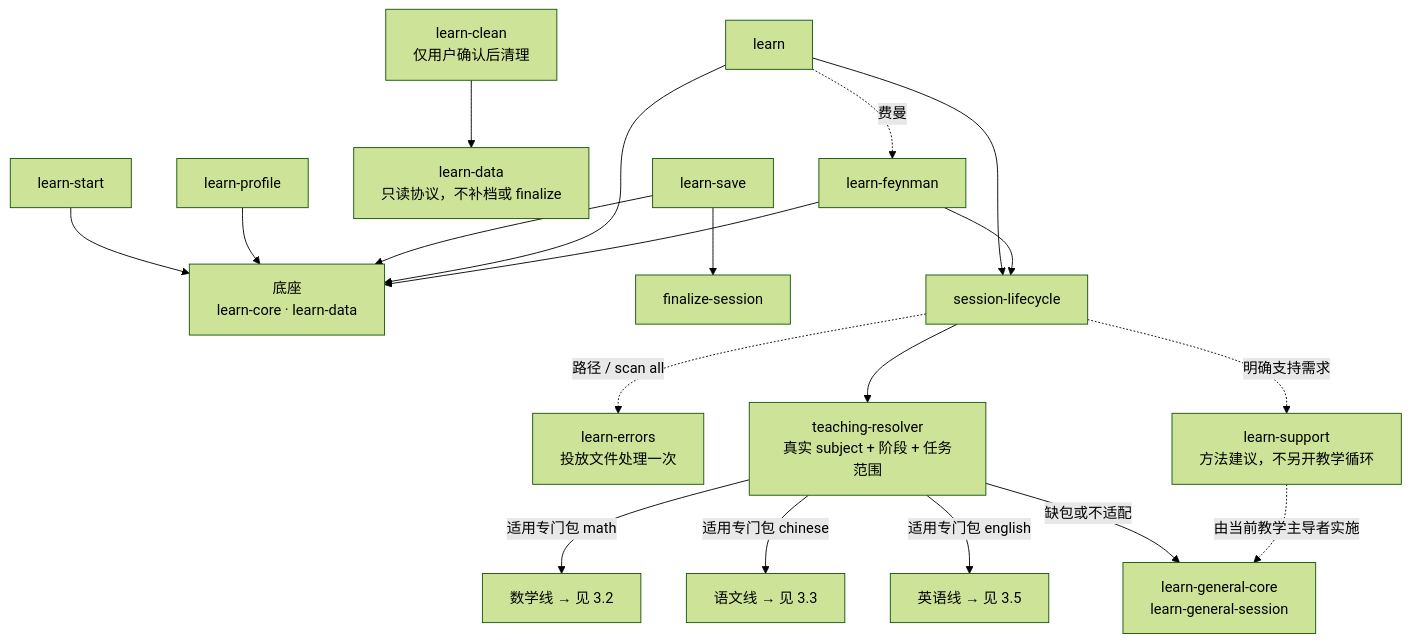
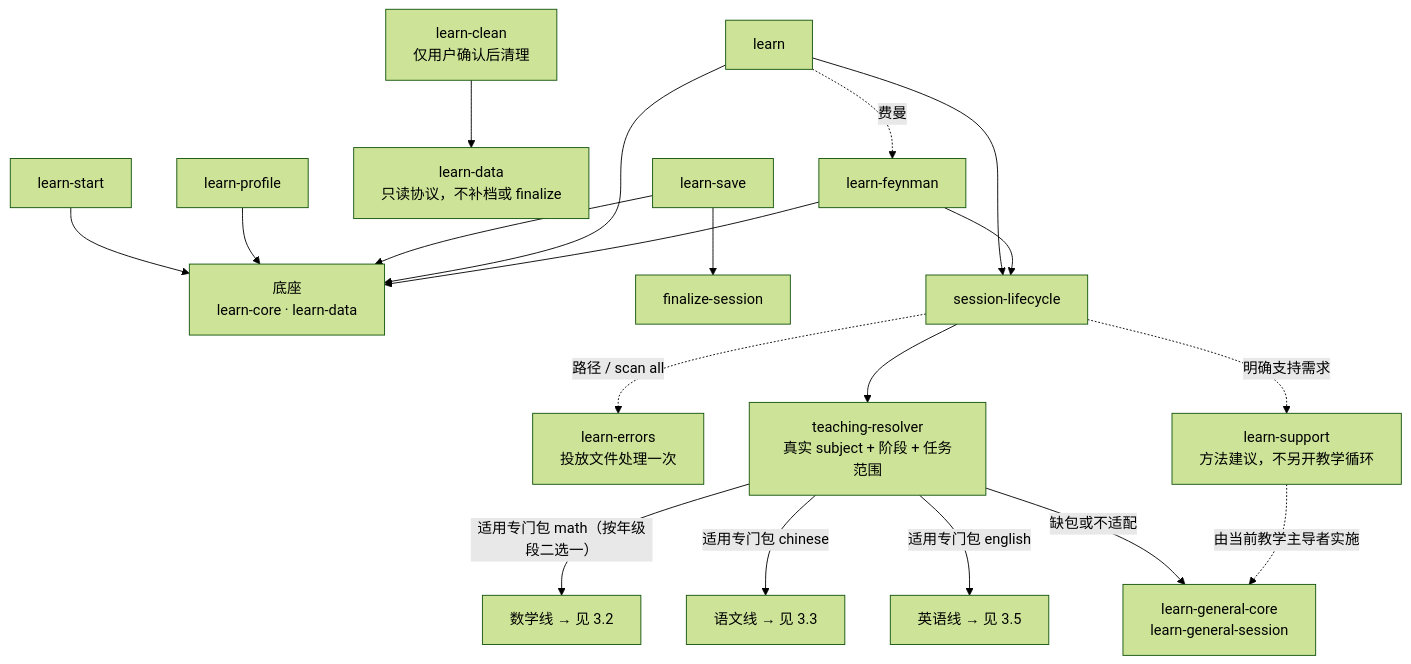
The third of 20 diagrams in docs/skill-map/call-graph.md (gengyabc/baicai-edu), drawn with Mermaid (forest theme) before and after one commit. The commit also changed other lines of this file and 82 other files, not shown here.

````diff
--- a/docs/skill-map/call-graph.md
+++ b/docs/skill-map/call-graph.md
@@ -95,26 +105,26 @@
 ```mermaid
 flowchart TB
   learn_start["learn-start"] --> B["底座<br/>learn-core · learn-data"]
   learn_profile["learn-profile"] --> B
   learn_clean["learn-clean<br/>仅用户确认后清理"] --> LD_CLEAN["learn-data<br/>只读协议，不补档或 finalize"]
   learn_save["learn-save"] --> B
   learn_save --> FZ["finalize-session"]
   learn --> B
   learn --> SL["session-lifecycle"]
   learn_feynman["learn-feynman"] --> B
   learn_feynman --> SL
   Math["数学线 → 见 3.2"]
   Chinese["语文线 → 见 3.3"]
   English["英语线 → 见 3.5"]
   LE["learn-errors<br/>投放文件处理一次"]
 
   SL --> Resolver["teaching-resolver<br/>真实 subject + 阶段 + 任务范围"]
-  Resolver -->|适用专门包 math| Math
+  Resolver -->|适用专门包 math（按年级段二选一）| Math
   Resolver -->|适用专门包 chinese| Chinese
   Resolver -->|适用专门包 english| English
   Resolver -->|缺包或不适配| General["learn-general-core<br/>learn-general-session"]
   SL -.->|明确支持需求| Support["learn-support<br/>方法建议，不另开教学循环"]
   Support -.->|由当前教学主导者实施| General
   SL -.->|路径 / scan all| LE
   learn -.->|费曼| learn_feynman
 ```
````
